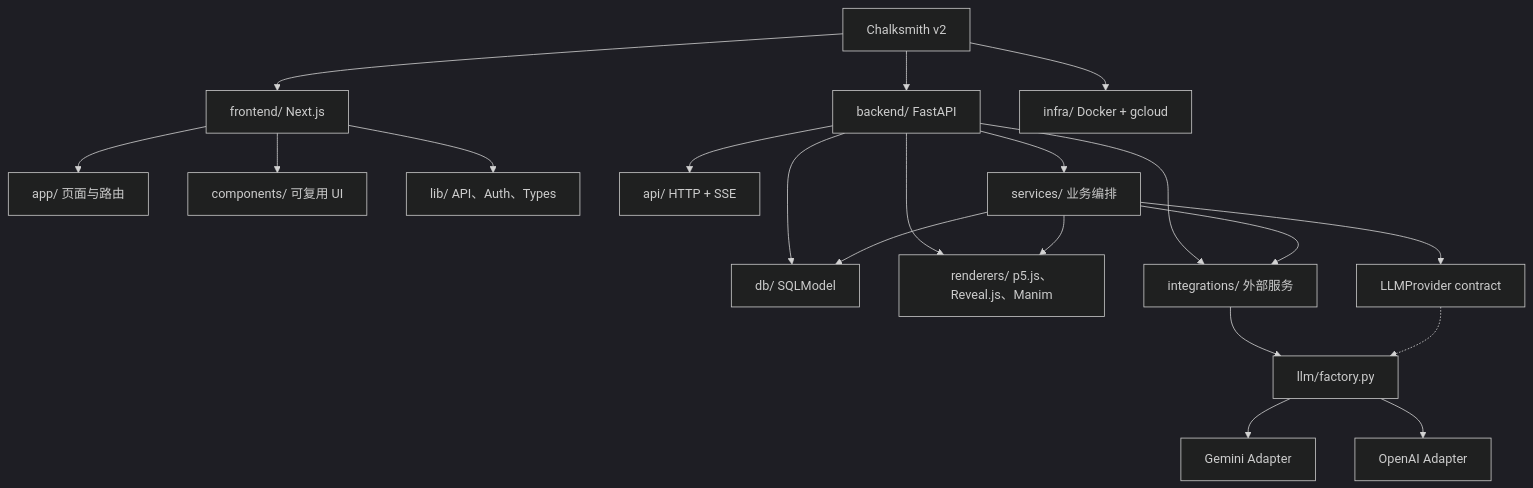
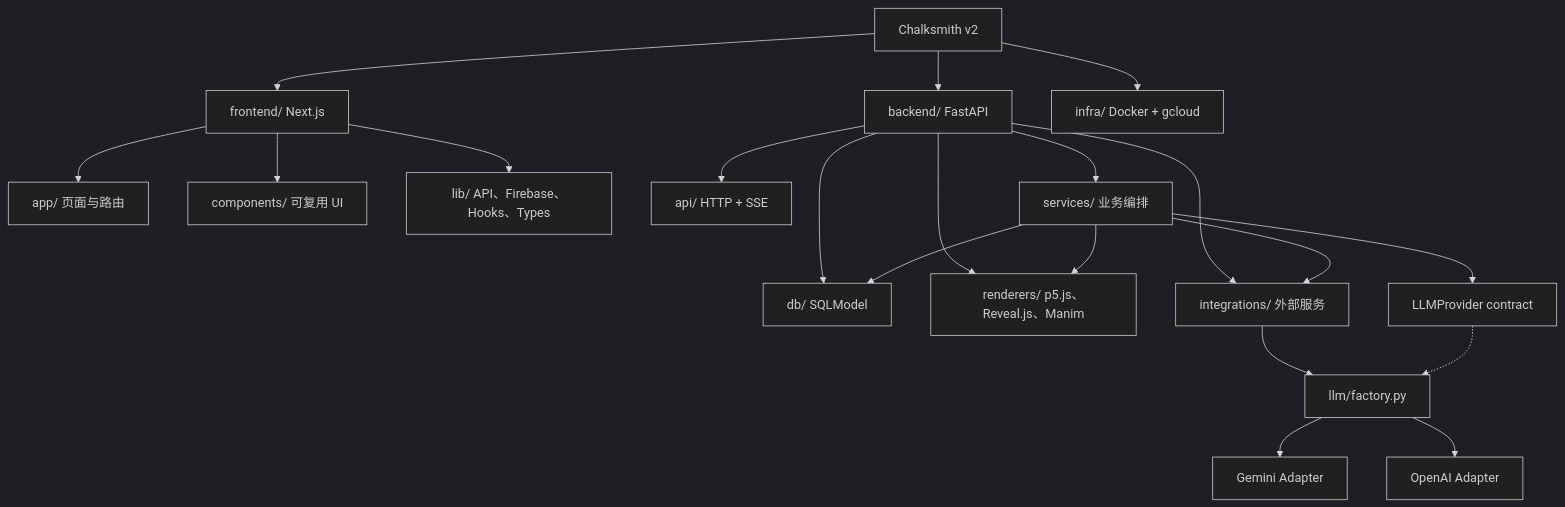
The fourth of 5 diagrams in REFACTOR.md (avarzhou-ctrl/Chalksmith.ai), drawn with Mermaid (dark theme) before and after one commit. The commit also changed other lines of this file and 5343 other files, not shown here.

````diff
--- a/REFACTOR.md
+++ b/REFACTOR.md
@@ -335,25 +381,25 @@
 ```mermaid
 flowchart TD
     Repo["Chalksmith v2"] --> Frontend["frontend/ Next.js"]
     Repo --> Backend["backend/ FastAPI"]
     Repo --> Infra["infra/ Docker + gcloud"]
 
     Frontend --> Pages["app/ 页面与路由"]
     Frontend --> Components["components/ 可复用 UI"]
-    Frontend --> Client["lib/ API、Auth、Types"]
+    Frontend --> Client["lib/ API、Firebase、Hooks、Types"]
 
     Backend --> API["api/ HTTP + SSE"]
     Backend --> Services["services/ 业务编排"]
     Backend --> DB["db/ SQLModel"]
     Backend --> Renderers["renderers/ p5.js、Reveal.js、Manim"]
     Backend --> Integrations["integrations/ 外部服务"]
 
     Services --> LLMContract["LLMProvider contract"]
     Integrations --> LLMFactory["llm/factory.py"]
     LLMFactory --> GeminiAdapter["Gemini Adapter"]
     LLMFactory --> OpenAIAdapter["OpenAI Adapter"]
     LLMContract -.-> LLMFactory
     Services --> DB
     Services --> Renderers
     Services --> Integrations
 ```
````
